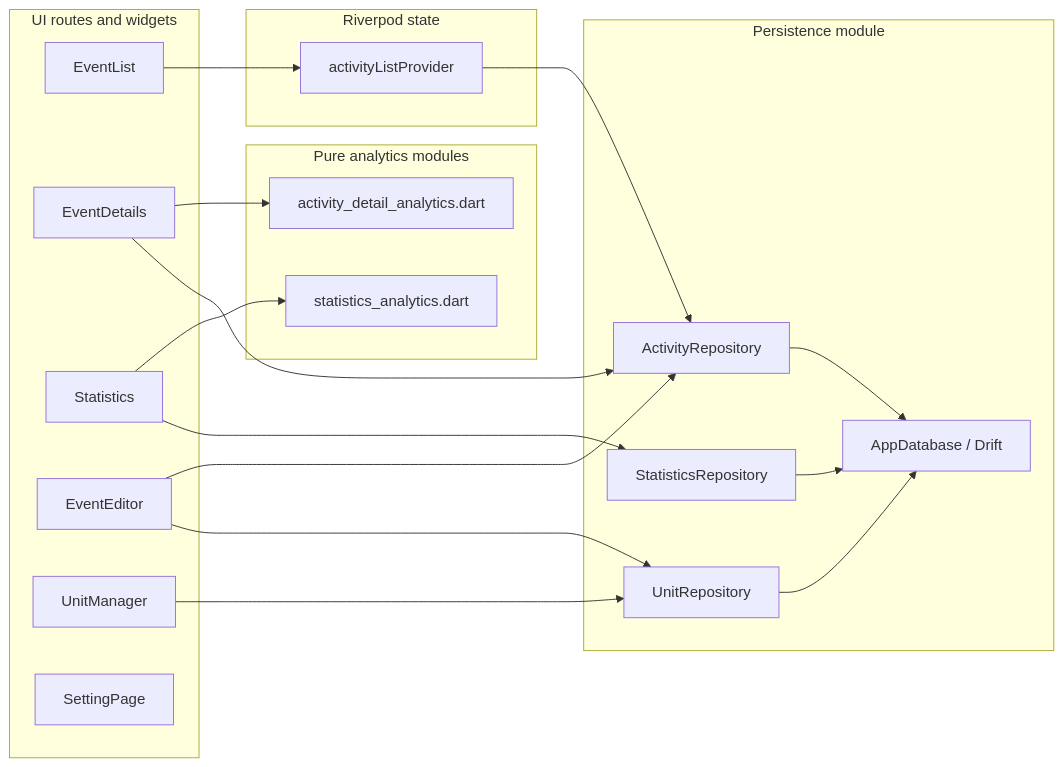
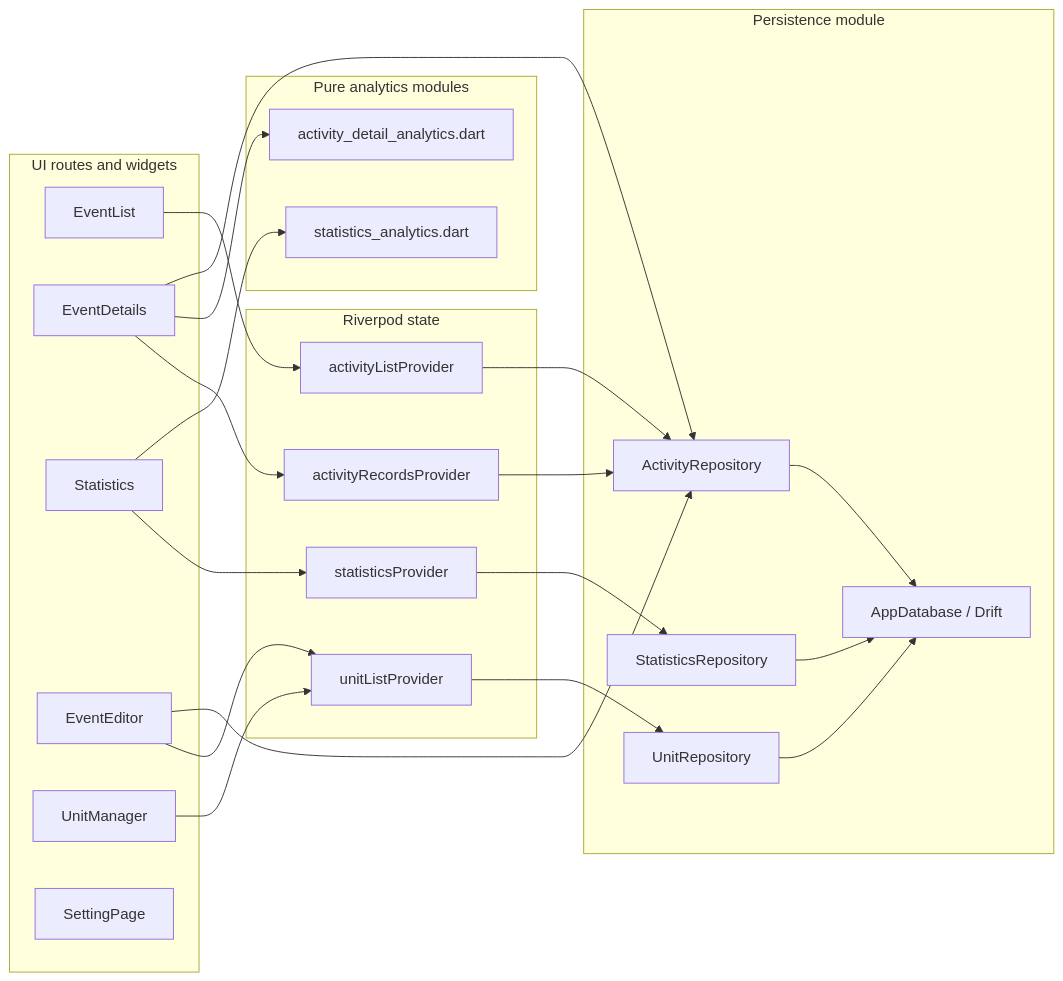
One commit to Guoyuer/eventTracker changed the first of 5 diagrams in docs/architecture/module-flow.md. Above: the diagram before and after it, drawn with Mermaid. The commit also changed other lines of this file and 10 other files, not shown here.

Commit message:
Retire legacy step schema

````diff
--- a/docs/architecture/module-flow.md
+++ b/docs/architecture/module-flow.md
@@ -7,40 +7,47 @@
 ```mermaid
 flowchart LR
   subgraph UI["UI routes and widgets"]
     EventList["EventList"]
     EventDetails["EventDetails"]
     Statistics["Statistics"]
     EventEditor["EventEditor"]
     UnitManager["UnitManager"]
     Settings["SettingPage"]
   end
 
   subgraph Analytics["Pure analytics modules"]
     ActivityDetailAnalytics["activity_detail_analytics.dart"]
     StatisticsAnalytics["statistics_analytics.dart"]
   end
 
   subgraph State["Riverpod state"]
     ActivityListProvider["activityListProvider"]
+    ActivityRecordsProvider["activityRecordsProvider"]
+    UnitListProvider["unitListProvider"]
+    StatisticsProvider["statisticsProvider"]
   end
 
   subgraph Persistence["Persistence module"]
     ActivityRepository["ActivityRepository"]
     UnitRepository["UnitRepository"]
     StatisticsRepository["StatisticsRepository"]
     AppDatabase["AppDatabase / Drift"]
   end
 
   EventList --> ActivityListProvider
   ActivityListProvider --> ActivityRepository
+  EventDetails --> ActivityRecordsProvider
+  ActivityRecordsProvider --> ActivityRepository
+  EventEditor --> UnitListProvider
+  UnitManager --> UnitListProvider
+  UnitListProvider --> UnitRepository
+  Statistics --> StatisticsProvider
+  StatisticsProvider --> StatisticsRepository
   EventEditor --> ActivityRepository
-  EventEditor --> UnitRepository
-  UnitManager --> UnitRepository
   EventDetails --> ActivityDetailAnalytics
   EventDetails --> ActivityRepository
   Statistics --> StatisticsAnalytics
-  Statistics --> StatisticsRepository
   ActivityRepository --> AppDatabase
   UnitRepository --> AppDatabase
   StatisticsRepository --> AppDatabase
 ```
````
